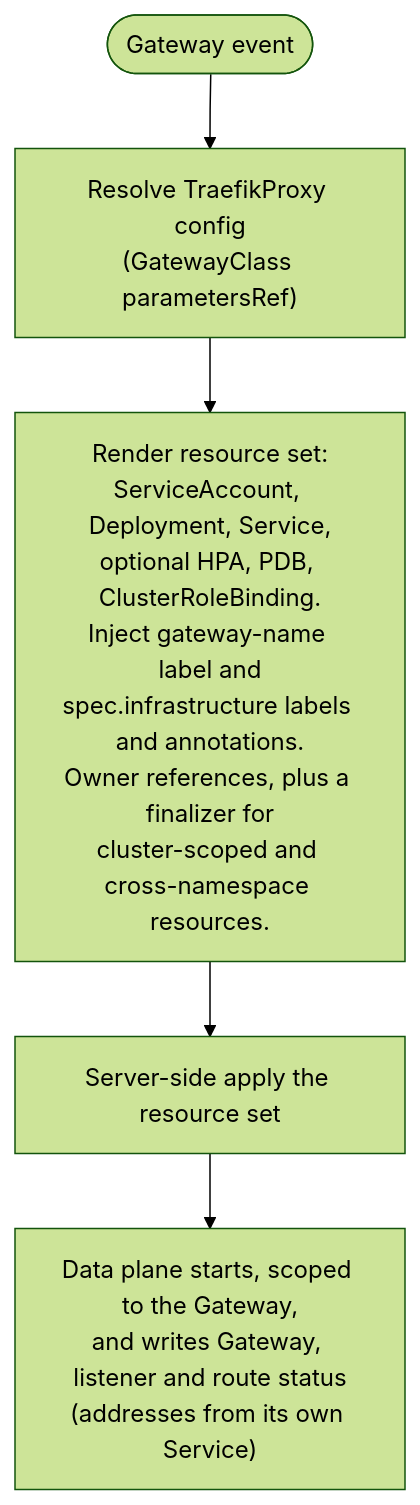
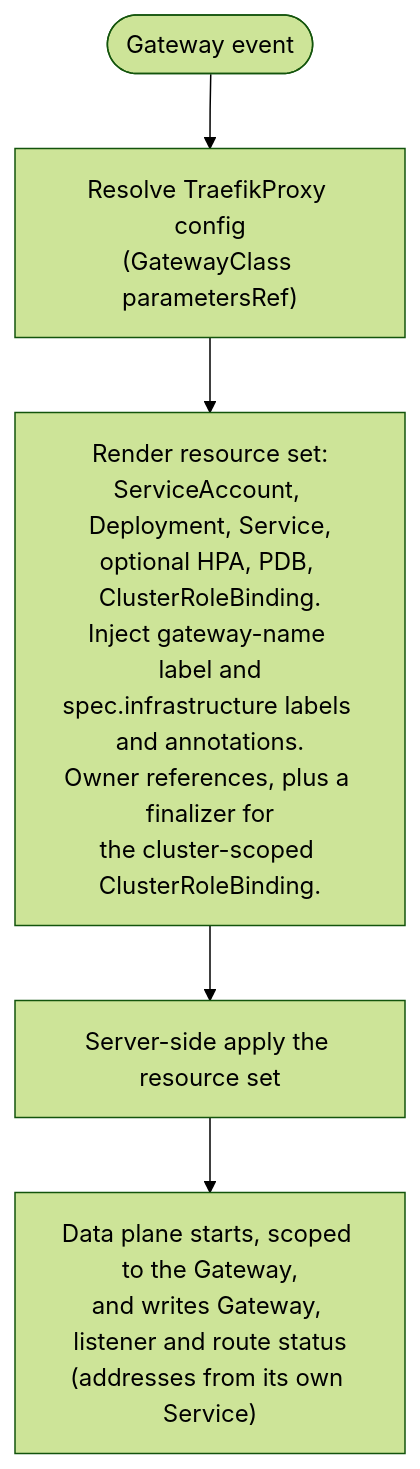
Before and after one commit to traefik/gateway-operator: the second of 2 diagrams in docs/DESIGN.md, drawn with Mermaid (forest theme). The commit also changed other lines of this file and 29 other files, not shown here.

````diff
--- a/docs/DESIGN.md
+++ b/docs/DESIGN.md
@@ -235,7 +229,7 @@
 ```mermaid
 flowchart TD
     ev(["Gateway event"]) --> resolve["Resolve TraefikProxy config<br/>(GatewayClass parametersRef)"]
-    resolve --> render["Render resource set:<br/>ServiceAccount, Deployment, Service,<br/>optional HPA, PDB, ClusterRoleBinding.<br/>Inject gateway-name label and<br/>spec.infrastructure labels and annotations.<br/>Owner references, plus a finalizer for<br/>cluster-scoped and cross-namespace resources."]
+    resolve --> render["Render resource set:<br/>ServiceAccount, Deployment, Service,<br/>optional HPA, PDB, ClusterRoleBinding.<br/>Inject gateway-name label and<br/>spec.infrastructure labels and annotations.<br/>Owner references, plus a finalizer for<br/>the cluster-scoped ClusterRoleBinding."]
     render --> apply["Server-side apply the resource set"]
     apply --> dpstatus["Data plane starts, scoped to the Gateway,<br/>and writes Gateway, listener and route status<br/>(addresses from its own Service)"]
 ```
````
